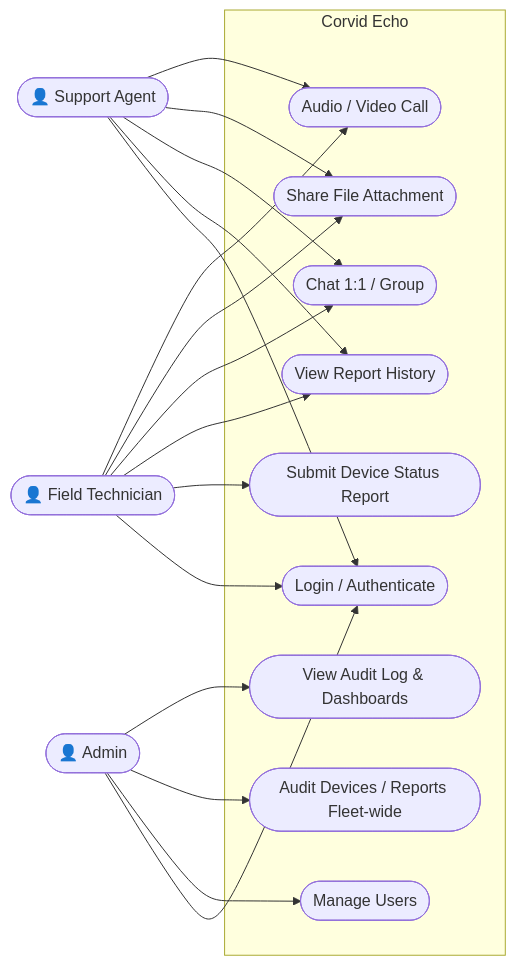
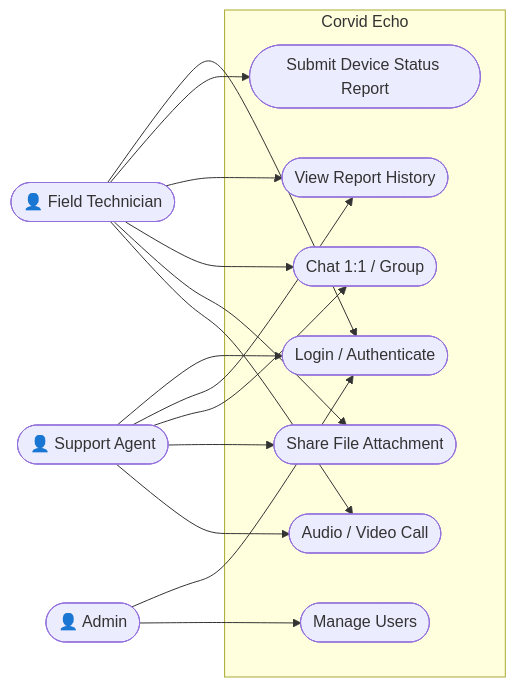
The first of 2 diagrams in docs/USE_CASES.md (AmitDeb/curious-next), drawn with Mermaid before and after one commit. The commit also changed other lines of this file, not shown here.

Commit message:
Remove UC8 (Audit Devices) and UC9 (View Audit Log) from Admin in use-case diagram

````diff
--- a/docs/USE_CASES.md
+++ b/docs/USE_CASES.md
@@ -22,36 +22,32 @@
 ```mermaid
 flowchart LR
     FT(["👤 Field Technician"])
     SA(["👤 Support Agent"])
     AD(["👤 Admin"])
 
     subgraph System["Corvid Echo"]
         UC1(["Login / Authenticate"])
         UC2(["Submit Device Status Report"])
         UC3(["View Report History"])
         UC4(["Chat 1:1 / Group"])
         UC5(["Share File Attachment"])
         UC6(["Audio / Video Call"])
         UC7(["Manage Users"])
-        UC8(["Audit Devices / Reports Fleet-wide"])
-        UC9(["View Audit Log & Dashboards"])
     end
 
     FT --> UC1
     FT --> UC2
     FT --> UC3
     FT --> UC4
     FT --> UC5
     FT --> UC6
 
     SA --> UC1
     SA --> UC3
     SA --> UC4
     SA --> UC5
     SA --> UC6
 
     AD --> UC1
     AD --> UC7
-    AD --> UC8
-    AD --> UC9
 ```
````
